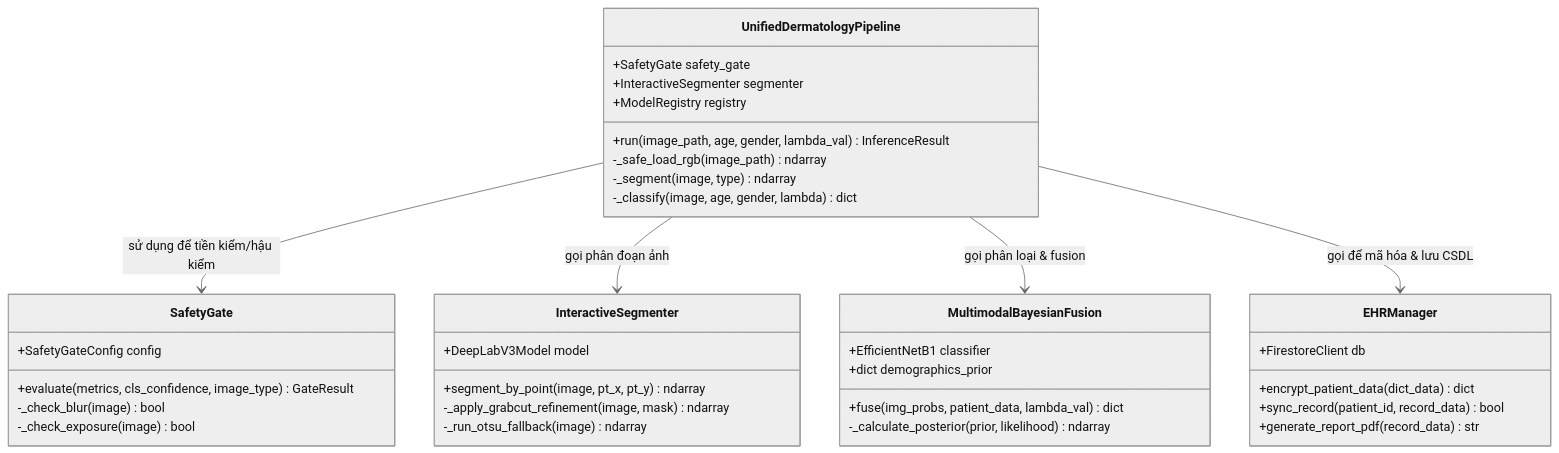
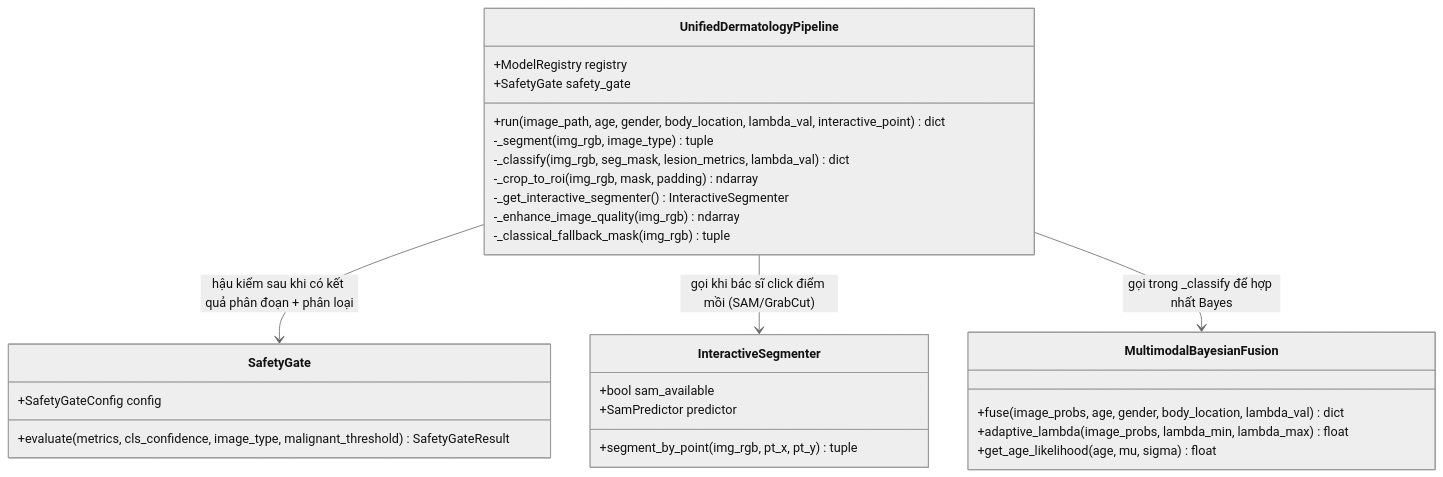
The fourth of 7 diagrams in Diagrams_Mermaid_Drawio.md (nthg0609/doanTN), drawn with Mermaid (neutral theme) before and after one commit. The commit also changed other lines of this file and 2 other files, not shown here.

Commit message:
fix lọc lông có hiện ở UI

````diff
--- a/Diagrams_Mermaid_Drawio.md
+++ b/Diagrams_Mermaid_Drawio.md
@@ -146,46 +153,36 @@
 ```mermaid
 classDiagram
     class UnifiedDermatologyPipeline {
+        +ModelRegistry registry
         +SafetyGate safety_gate
-        +InteractiveSegmenter segmenter
-        +ModelRegistry registry
-        +run(image_path, age, gender, lambda_val) InferenceResult
-        -_safe_load_rgb(image_path) ndarray
-        -_segment(image, type) ndarray
-        -_classify(image, age, gender, lambda) dict
+        +run(image_path, age, gender, body_location, lambda_val, interactive_point) dict
+        -_segment(img_rgb, image_type) tuple
+        -_classify(img_rgb, seg_mask, lesion_metrics, lambda_val) dict
+        -_crop_to_roi(img_rgb, mask, padding) ndarray
+        -_get_interactive_segmenter() InteractiveSegmenter
+        -_enhance_image_quality(img_rgb) ndarray
+        -_classical_fallback_mask(img_rgb) tuple
     }
 
     class SafetyGate {
         +SafetyGateConfig config
-        +evaluate(metrics, cls_confidence, image_type) GateResult
-        -_check_blur(image) bool
-        -_check_exposure(image) bool
+        +evaluate(metrics, cls_confidence, image_type, malignant_threshold) SafetyGateResult
     }
 
     class InteractiveSegmenter {
-        +DeepLabV3Model model
-        +segment_by_point(image, pt_x, pt_y) ndarray
-        -_apply_grabcut_refinement(image, mask) ndarray
-        -_run_otsu_fallback(image) ndarray
+        +bool sam_available
+        +SamPredictor predictor
+        +segment_by_point(img_rgb, pt_x, pt_y) tuple
     }
 
     class MultimodalBayesianFusion {
-        +EfficientNetB1 classifier
-        +dict demographics_prior
-        +fuse(img_probs, patient_data, lambda_val) dict
-        -_calculate_posterior(prior, likelihood) ndarray
-    }
-
-    class EHRManager {
-        +FirestoreClient db
-        +encrypt_patient_data(dict_data) dict
-        +sync_record(patient_id, record_data) bool
-        +generate_report_pdf(record_data) str
+        +fuse(image_probs, age, gender, body_location, lambda_val) dict
+        +adaptive_lambda(image_probs, lambda_min, lambda_max) float
+        +get_age_likelihood(age, mu, sigma) float
     }
 
     %% Mối quan hệ
-    UnifiedDermatologyPipeline --> SafetyGate : sử dụng để tiền kiểm/hậu kiểm
-    UnifiedDermatologyPipeline --> InteractiveSegmenter : gọi phân đoạn ảnh
-    UnifiedDermatologyPipeline --> MultimodalBayesianFusion : gọi phân loại & fusion
-    UnifiedDermatologyPipeline --> EHRManager : gọi để mã hóa & lưu CSDL
+    UnifiedDermatologyPipeline --> SafetyGate : hậu kiểm sau khi có kết quả phân đoạn + phân loại
+    UnifiedDermatologyPipeline --> InteractiveSegmenter : gọi khi bác sĩ click điểm mồi (SAM/GrabCut)
+    UnifiedDermatologyPipeline --> MultimodalBayesianFusion : gọi trong _classify để hợp nhất Bayes
 ```
````
